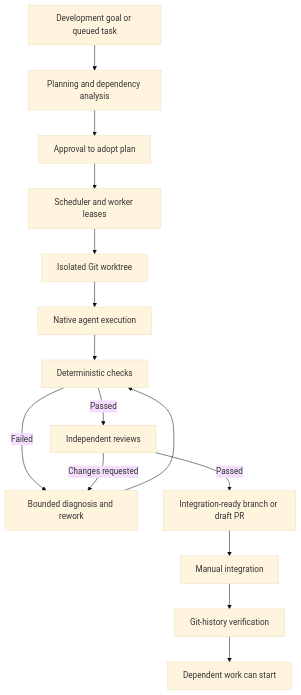
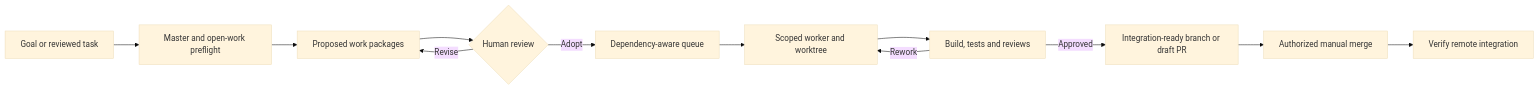
One commit to DaveBeusing/Factory changed the diagram in README.md. Above: the diagram before and after it, drawn with Mermaid (base theme). The commit also changed other lines of this file and 33 other files, not shown here.

````diff
--- a/README.md
+++ b/README.md
@@ -391,17 +75,14 @@
 ```mermaid
-flowchart TD
-    A[Development goal or queued task] --> B[Planning and dependency analysis]
-    B --> C[Approval to adopt plan]
-    C --> D[Scheduler and worker leases]
-    D --> E[Isolated Git worktree]
-    E --> F[Native agent execution]
-    F --> G[Deterministic checks]
-    G -->|Failed| H[Bounded diagnosis and rework]
-    H --> G
-    G -->|Passed| I[Independent reviews]
-    I -->|Changes requested| H
-    I -->|Passed| J[Integration-ready branch or draft PR]
-    J --> K[Manual integration]
-    K --> L[Git-history verification]
-    L --> M[Dependent work can start]
+flowchart LR
+    Goal[Goal or reviewed task] --> Preflight[Master and open-work preflight]
+    Preflight --> Plan[Proposed work packages]
+    Plan --> Approval{Human review}
+    Approval -->|Adopt| Queue[Dependency-aware queue]
+    Approval -->|Revise| Plan
+    Queue --> Worker[Scoped worker and worktree]
+    Worker --> Gates[Build, tests and reviews]
+    Gates -->|Rework| Worker
+    Gates -->|Approved| PR[Integration-ready branch or draft PR]
+    PR --> Merge[Authorized manual merge]
+    Merge --> Verify[Verify remote integration]
 ```
````
